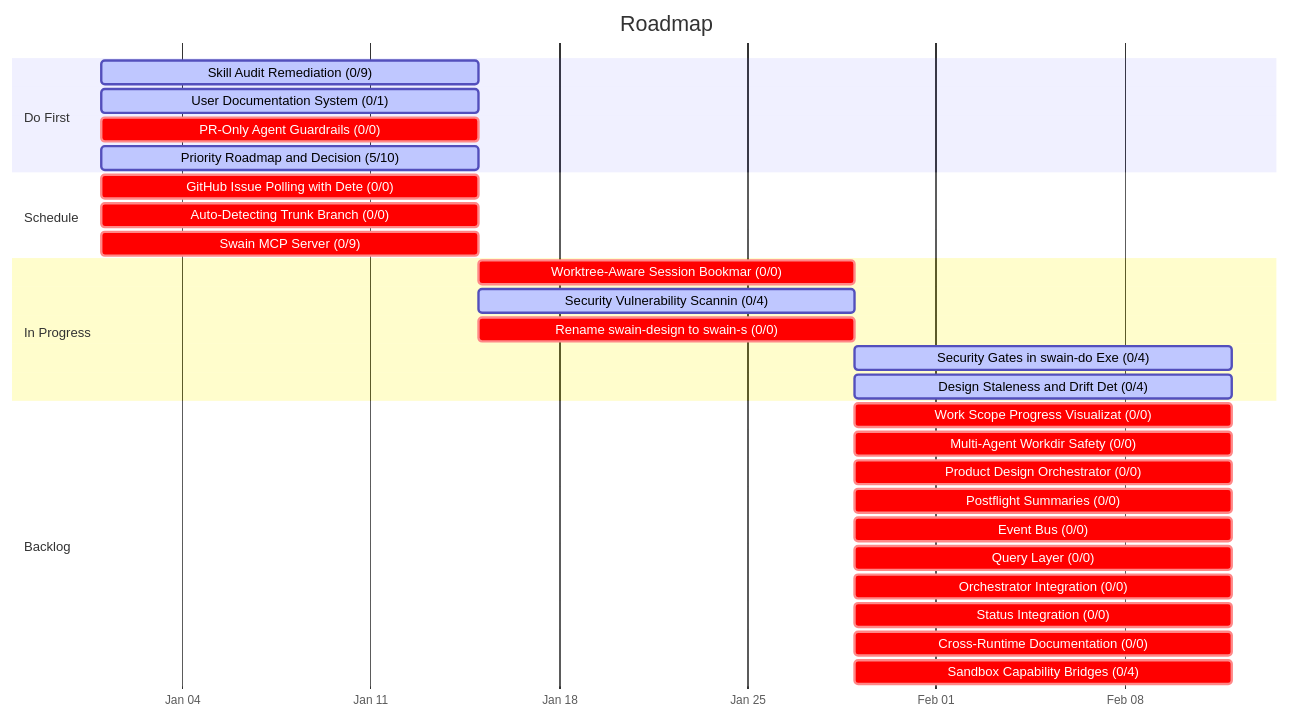
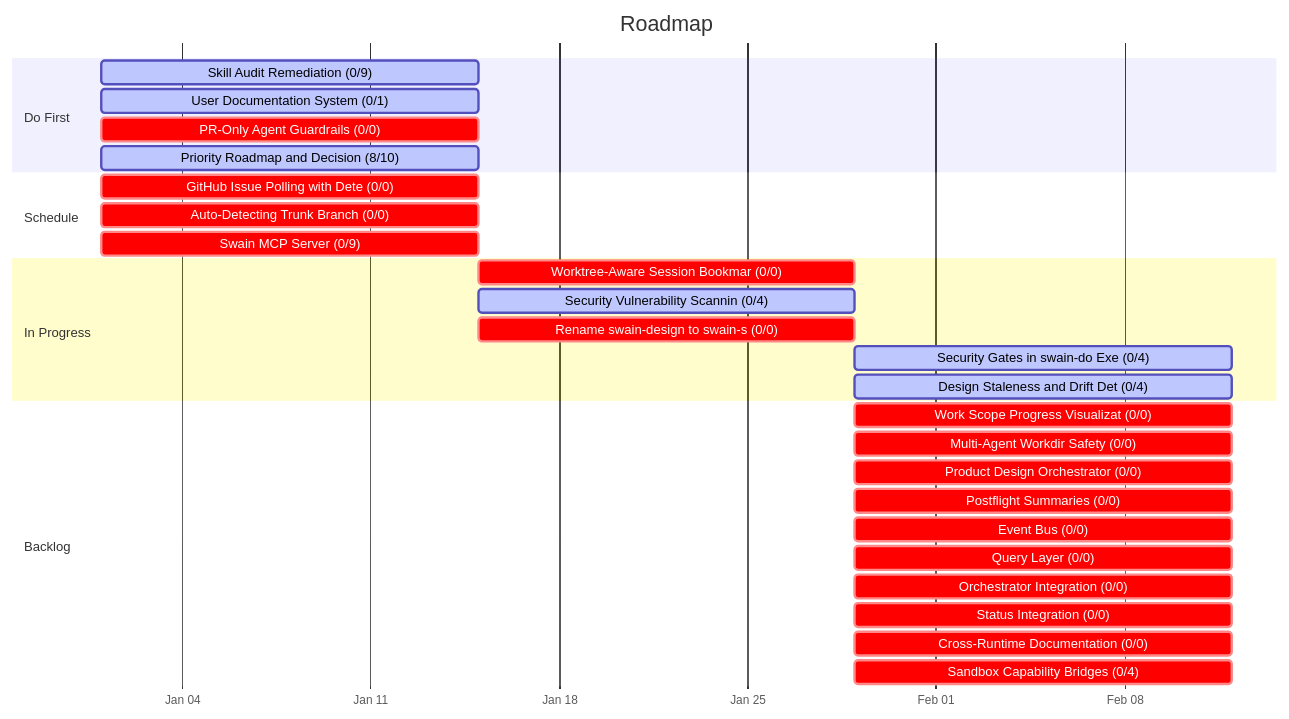
The first of 2 diagrams in ROADMAP.md (cristoslc/swain), drawn with Mermaid before and after one commit. The commit also changed other lines of this file and 2 other files, not shown here.

Commit message:
feat(swain-doctor): SPEC-110 mmdc availability check
Add mmdc (mermaid-cli) warning to swain-doctor preflight. The PNG
pipeline itself was already implemented in roadmap.py; also refreshes
ROADMAP.md and assets/quadrant.png from the verified pipeline run.

````diff
--- a/ROADMAP.md
+++ b/ROADMAP.md
@@ -57,33 +57,33 @@
 ```mermaid
 gantt
     title Roadmap
     dateFormat YYYY-MM-DD
     axisFormat %b %d
     tickInterval 1week
     section Do First
     Skill Audit Remediation (0/9) :active, t0, 2026-01-01, 14d
     User Documentation System (0/1) :active, t1, 2026-01-01, 14d
     PR-Only Agent Guardrails (0/0) :crit, t2, 2026-01-01, 14d
-    Priority Roadmap and Decision  (5/10) :active, t3, 2026-01-01, 14d
+    Priority Roadmap and Decision  (8/10) :active, t3, 2026-01-01, 14d
     section Schedule
     GitHub Issue Polling with Dete (0/0) :crit, t4, 2026-01-01, 14d
     Auto-Detecting Trunk Branch (0/0) :crit, t5, 2026-01-01, 14d
     Swain MCP Server (0/9) :crit, t6, 2026-01-01, 14d
     section In Progress
-    Worktree-Aware Session Bookmar (0/0) :crit, t8, 2026-01-15, 14d
-    Security Vulnerability Scannin (0/4) :active, t7, 2026-01-15, 14d
+    Worktree-Aware Session Bookmar (0/0) :crit, t7, 2026-01-15, 14d
+    Security Vulnerability Scannin (0/4) :active, t8, 2026-01-15, 14d
     Rename swain-design to swain-s (0/0) :crit, t9, 2026-01-15, 14d
-    Security Gates in swain-do Exe (0/4) :active, t10, after t7, 14d
+    Security Gates in swain-do Exe (0/4) :active, t10, after t8, 14d
     Design Staleness and Drift Det (0/4) :active, t11, 2026-01-29, 14d
     section Backlog
     Work Scope Progress Visualizat (0/0) :crit, t12, 2026-01-29, 14d
     Multi-Agent Workdir Safety (0/0) :crit, t13, 2026-01-29, 14d
     Product Design Orchestrator (0/0) :crit, t14, after t9, 14d
     Postflight Summaries (0/0) :crit, t15, 2026-01-29, 14d
     Event Bus (0/0) :crit, t16, 2026-01-29, 14d
     Query Layer (0/0) :crit, t17, 2026-01-29, 14d
     Orchestrator Integration (0/0) :crit, t18, 2026-01-29, 14d
     Status Integration (0/0) :crit, t19, 2026-01-29, 14d
     Cross-Runtime Documentation (0/0) :crit, t20, 2026-01-29, 14d
-    Sandbox Capability Bridges (0/4) :crit, t21, after t8, 14d
+    Sandbox Capability Bridges (0/4) :crit, t21, after t7, 14d
 ```
````
